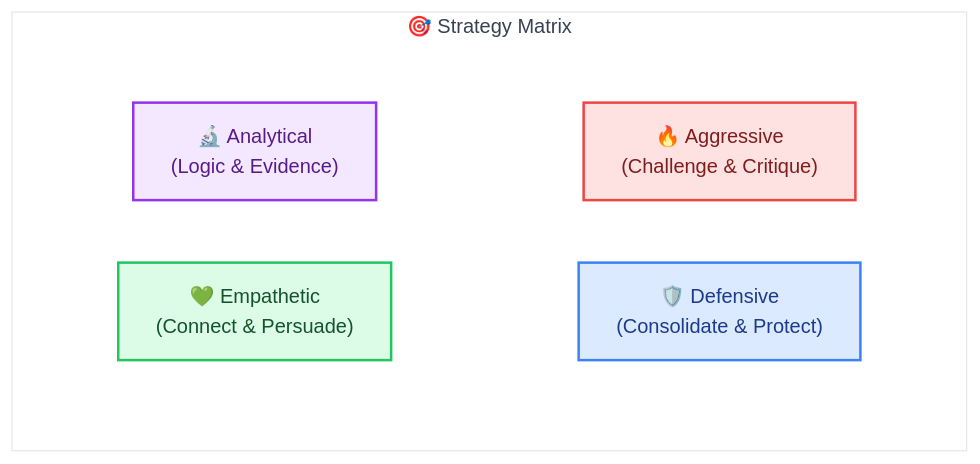
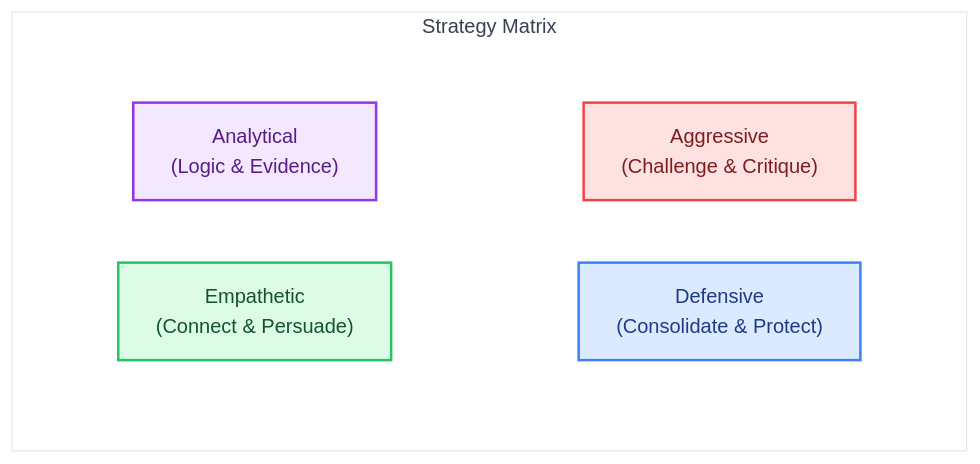
The third of 8 diagrams in README.md (AluminumShark/Social-Debate-AI), drawn with Mermaid before and after one commit. The commit also changed other lines of this file and 32 other files, not shown here.

````diff
--- a/README.md
+++ b/README.md
@@ -151,28 +151,28 @@
 ```mermaid
 %%{init: {'theme': 'base'}}%%
 graph TB
-    subgraph Matrix["🎯 Strategy Matrix"]
+    subgraph Matrix[" Strategy Matrix"]
         direction TB
         
         subgraph Row1[" "]
             direction LR
-            S1["🔥 Aggressive<br/>(Challenge & Critique)"]:::red
-            S2["🛡️ Defensive<br/>(Consolidate & Protect)"]:::blue
+            S1[" Aggressive<br/>(Challenge & Critique)"]:::red
+            S2[" Defensive<br/>(Consolidate & Protect)"]:::blue
         end
         
         subgraph Row2[" "]
             direction LR
-            S3["🔬 Analytical<br/>(Logic & Evidence)"]:::purple
-            S4["💚 Empathetic<br/>(Connect & Persuade)"]:::green
+            S3[" Analytical<br/>(Logic & Evidence)"]:::purple
+            S4[" Empathetic<br/>(Connect & Persuade)"]:::green
         end
     end
 
     classDef red fill:#fee2e2,stroke:#ef4444,stroke-width:2px,color:#7f1d1d;
     classDef blue fill:#dbeafe,stroke:#3b82f6,stroke-width:2px,color:#1e3a8a;
     classDef purple fill:#f3e8ff,stroke:#9333ea,stroke-width:2px,color:#581c87;
     classDef green fill:#dcfce7,stroke:#22c55e,stroke-width:2px,color:#14532d;
     
     style Matrix fill:#ffffff,stroke:#e5e7eb,color:#374151
     style Row1 fill:transparent,stroke:transparent
     style Row2 fill:transparent,stroke:transparent
 ```
````
